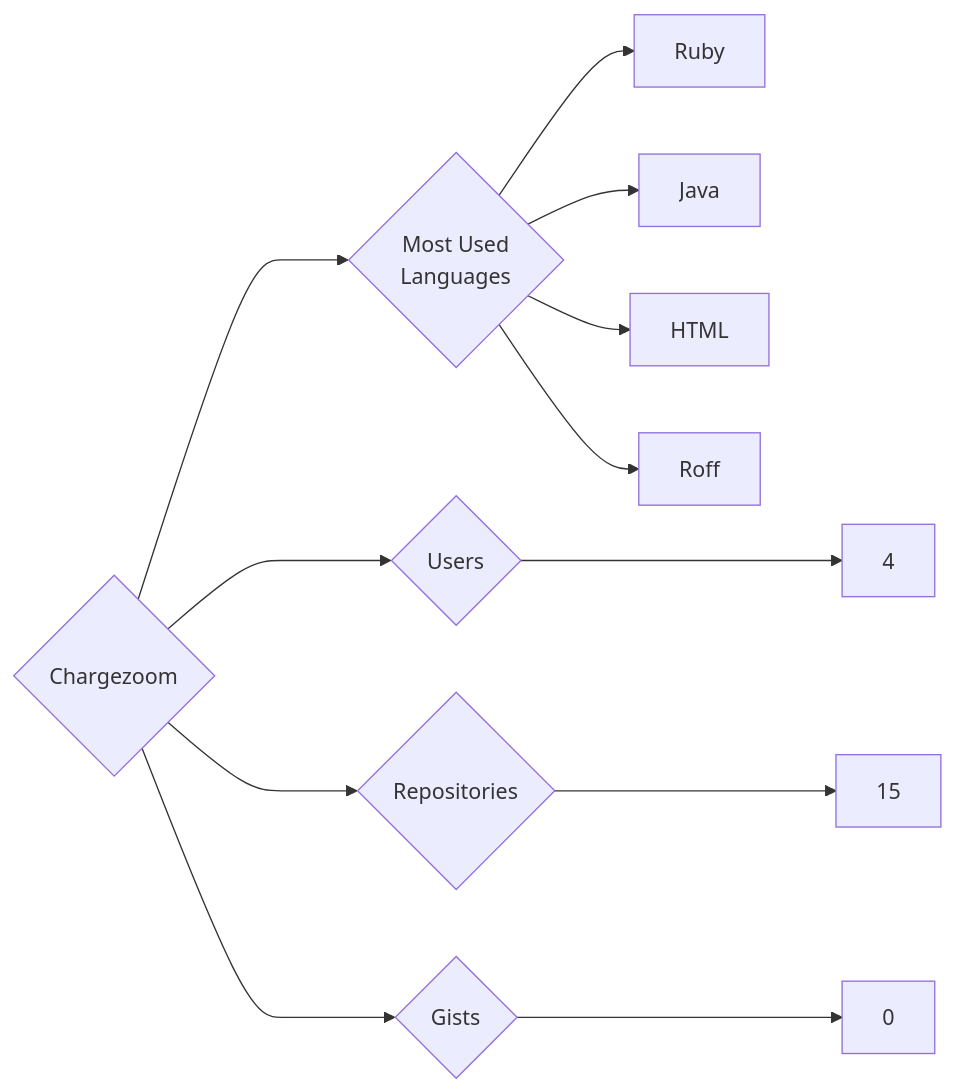
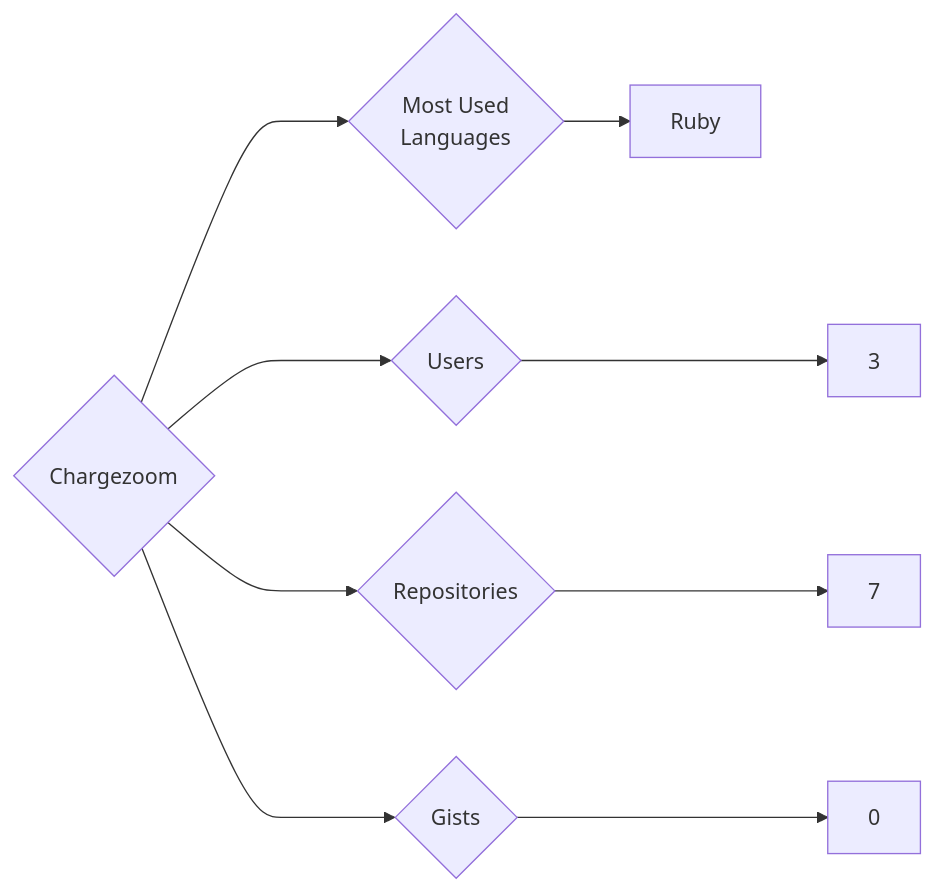
The diagram in targets/Chargezoom/README.md (trickest/insiders), drawn with Mermaid before and after one commit. The commit also changed 914 other files, not shown here.

````diff
--- a/targets/Chargezoom/README.md
+++ b/targets/Chargezoom/README.md
@@ -3,12 +3,9 @@
 ```mermaid
 graph LR
 COMPANY_NAME{Chargezoom}
-COMPANY_NAME ---> U{Users} ---> UN[4]
-COMPANY_NAME ---> R{Repositories} ---> RN[15]
+COMPANY_NAME ---> U{Users} ---> UN[3]
+COMPANY_NAME ---> R{Repositories} ---> RN[7]
 COMPANY_NAME ---> G{Gists} ---> GN[0]
 COMPANY_NAME ---> ML{Most Used<br>Languages}
 ML --> Ruby[Ruby]
-ML --> Java[Java]
-ML --> HTML[HTML]
-ML --> Roff[Roff]
 ```
````
